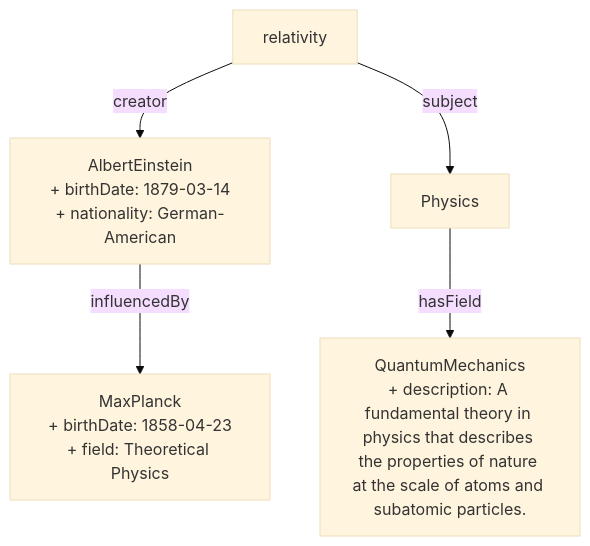
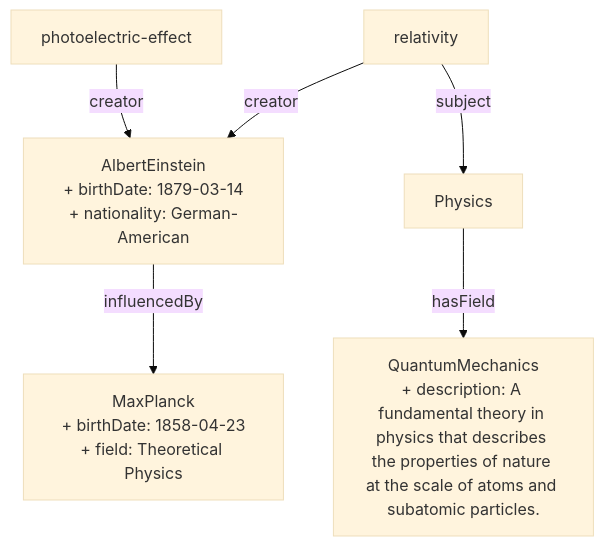
One commit to heidingaway/heidi2 changed the diagram in content/relativity.md. Above: the diagram before and after it, drawn with Mermaid (base theme). The commit also changed other lines of this file and 1 other file, not shown here.

Commit message:
Quartz sync: Aug 1, 2025, 10:08 AM

````diff
--- a/content/relativity.md
+++ b/content/relativity.md
@@ -24,12 +25,14 @@
 ```mermaid
 graph TD
   relativity["relativity"]
   AlbertEinstein["AlbertEinstein<br>+ birthDate: 1879-03-14<br>+ nationality: German-American"]
   relativity-->|" creator "|AlbertEinstein
   Physics["Physics"]
   relativity-->|" subject "|Physics
   QuantumMechanics["QuantumMechanics<br>+ description: A fundamental theory in physics that describes the properties of nature at the scale of atoms and subatomic particles."]
   Physics-->|" hasField "|QuantumMechanics
   MaxPlanck["MaxPlanck<br>+ birthDate: 1858-04-23<br>+ field: Theoretical Physics"]
   AlbertEinstein-->|" influencedBy "|MaxPlanck
+  photoelectric_effect["photoelectric-effect"]
+  photoelectric_effect-->|" creator "|AlbertEinstein
 ```
````
